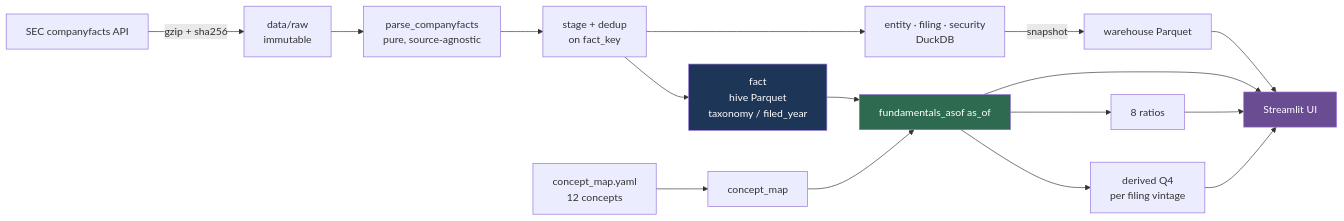
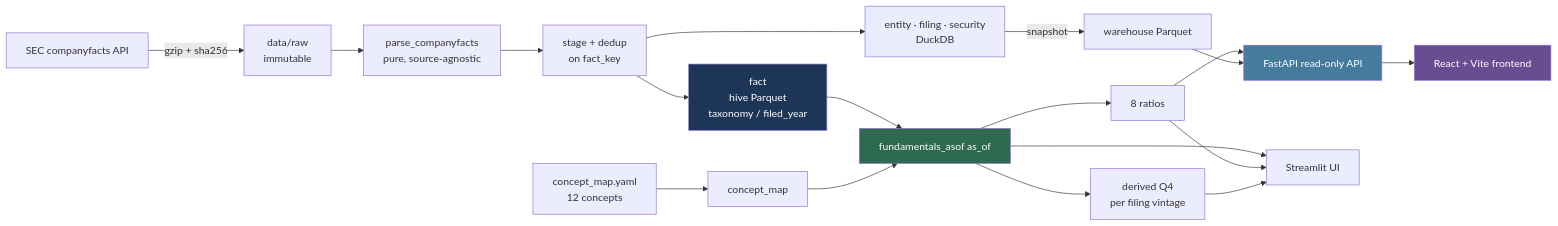
The first of 5 diagrams in README.md (magicmaxmagic/finance_advisor), drawn with Mermaid before and after one commit. The commit also changed other lines of this file and 43 other files, not shown here.

Commit message:
init: architecture of the 3 tier app

````diff
--- a/README.md
+++ b/README.md
@@ -100,23 +101,26 @@
 ```mermaid
 flowchart LR
     SEC["SEC companyfacts API"] -->|"gzip + sha256"| RAW["data/raw<br/>immutable"]
     RAW --> PARSE["parse_companyfacts<br/>pure, source-agnostic"]
     PARSE --> STAGE["stage + dedup<br/>on fact_key"]
     STAGE --> FACT["fact<br/>hive Parquet<br/>taxonomy / filed_year"]
     STAGE --> SMALL["entity · filing · security<br/>DuckDB"]
     SMALL -->|"snapshot"| PUB["warehouse Parquet"]
 
     YAML["concept_map.yaml<br/>12 concepts"] --> CM["concept_map"]
     FACT --> PIT["fundamentals_asof as_of"]
     CM --> PIT
     PIT --> Q4["derived Q4<br/>per filing vintage"]
     PIT --> MET["8 ratios"]
-    PIT --> UI["Streamlit UI"]
-    MET --> UI
-    PUB --> UI
-    Q4 --> UI
+    MET --> API["FastAPI read-only API"]
+    API --> WEB["React + Vite frontend"]
+    PIT --> STREAMLIT["Streamlit UI"]
+    MET --> STREAMLIT
+    PUB --> API
+    Q4 --> STREAMLIT
 
     style PIT fill:#2d6a4f,color:#fff
     style FACT fill:#1d3557,color:#fff
-    style UI fill:#6a4c93,color:#fff
+    style API fill:#457b9d,color:#fff
+    style WEB fill:#6a4c93,color:#fff
 ```
````
